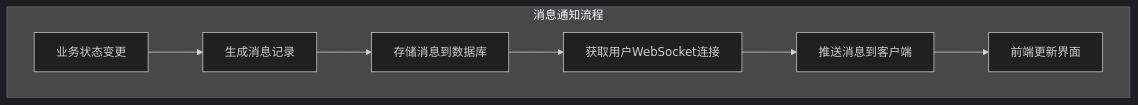
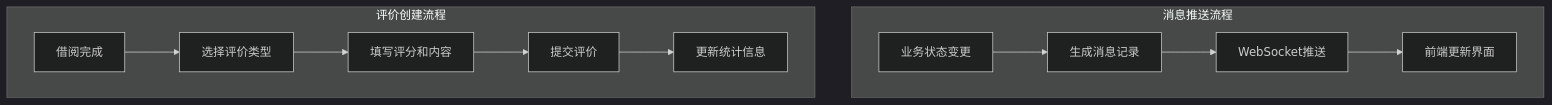
One commit to wxb09/nerbi changed the fourth of 5 diagrams in 论文/4.2功能模块设计.md. Above: the diagram before and after it, drawn with Mermaid (dark theme). The commit also changed other lines of this file and 17 other files, not shown here.

````diff
--- a/论文/4.2功能模块设计.md
+++ b/论文/4.2功能模块设计.md
@@ -134,10 +140,15 @@
 ```mermaid
 graph TB
-    subgraph 消息通知流程
+    subgraph 消息推送流程
         D1[业务状态变更] --> D2[生成消息记录]
-        D2 --> D3[存储消息到数据库]
-        D3 --> D4[获取用户WebSocket连接]
-        D4 --> D5[推送消息到客户端]
-        D5 --> D6[前端更新界面]
+        D2 --> D3[WebSocket推送]
+        D3 --> D4[前端更新界面]
+    end
+
+    subgraph 评价创建流程
+        E1[借阅完成] --> E2[选择评价类型]
+        E2 --> E3[填写评分和内容]
+        E3 --> E4[提交评价]
+        E4 --> E5[更新统计信息]
     end
 ```
````
